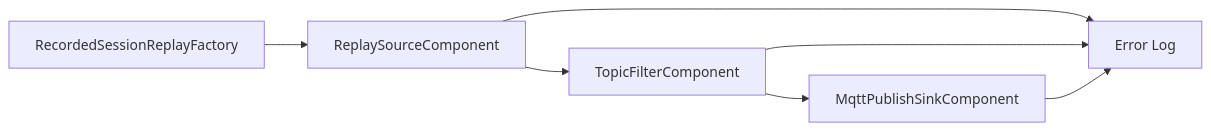
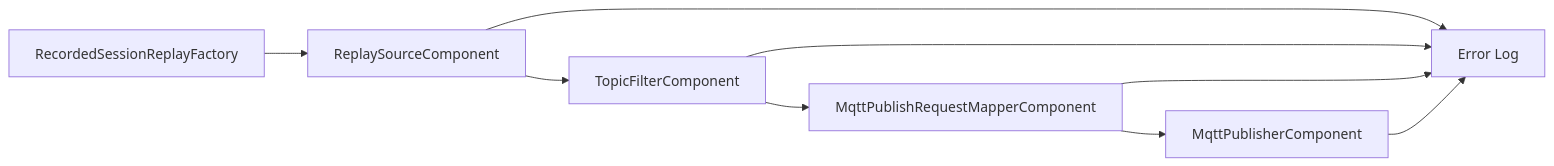
Diagram 19 of 19 in docs/flow-components.md (araxis/FluxMq), drawn with Mermaid before and after one commit. The commit also changed other lines of this file and 70 other files, not shown here.

````diff
--- a/docs/flow-components.md
+++ b/docs/flow-components.md
@@ -601,9 +644,11 @@
 ```mermaid
 flowchart LR
     Factory["RecordedSessionReplayFactory"] --> Replay["ReplaySourceComponent"]
     Replay --> Filter["TopicFilterComponent"]
-    Filter --> Publish["MqttPublishSinkComponent"]
+    Filter --> Mapper["MqttPublishRequestMapperComponent"]
+    Mapper --> Publisher["MqttPublisherComponent"]
     Replay --> ErrorLog["Error Log"]
     Filter --> ErrorLog
-    Publish --> ErrorLog
+    Mapper --> ErrorLog
+    Publisher --> ErrorLog
 ```
````
